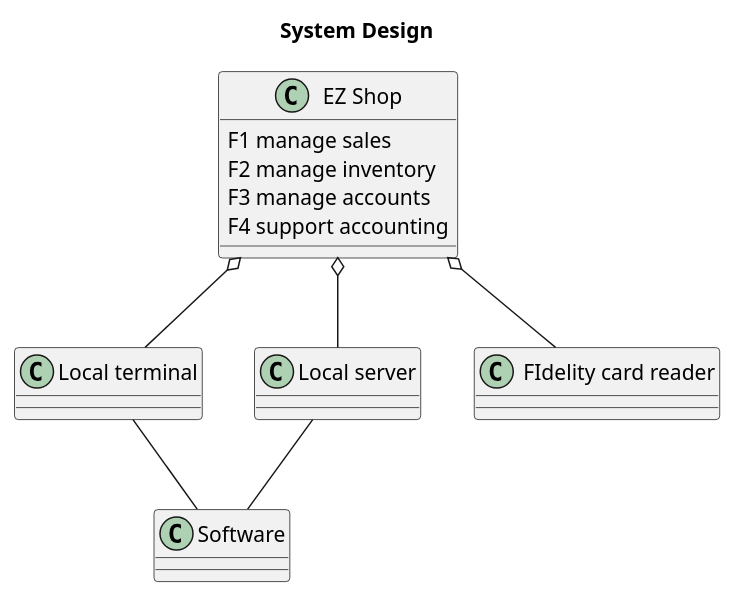
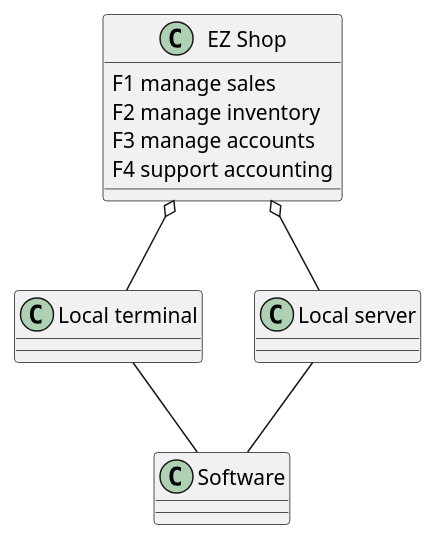
Before and after one commit to nicolabattaglino/ezshop: the sixth of 7 diagrams in Deliverables/RequirementsDocument.md, drawn with PlantUML. The commit also changed other lines of this file, not shown here.

````diff
--- a/Deliverables/RequirementsDocument.md
+++ b/Deliverables/RequirementsDocument.md
@@ -878,28 +875,25 @@
 ```plantuml
 @startuml
 
-title System Design
 class "EZ Shop" as EZShop{
 F1 manage sales 
 F2 manage inventory
 F3 manage accounts
 F4 support accounting
 }
 
 class "Local terminal" as localTerminal{
 }
 class "Local server" as localServer{
 }
 
 
 class "Software" as software 
-class " FIdelity card reader" as fcReader
 EZShop o-- localTerminal
-EZShop o-- fcReader
 localTerminal -- software
 localServer -- software
 EZShop o-- localServer
 
 
 @enduml
 ```
````
